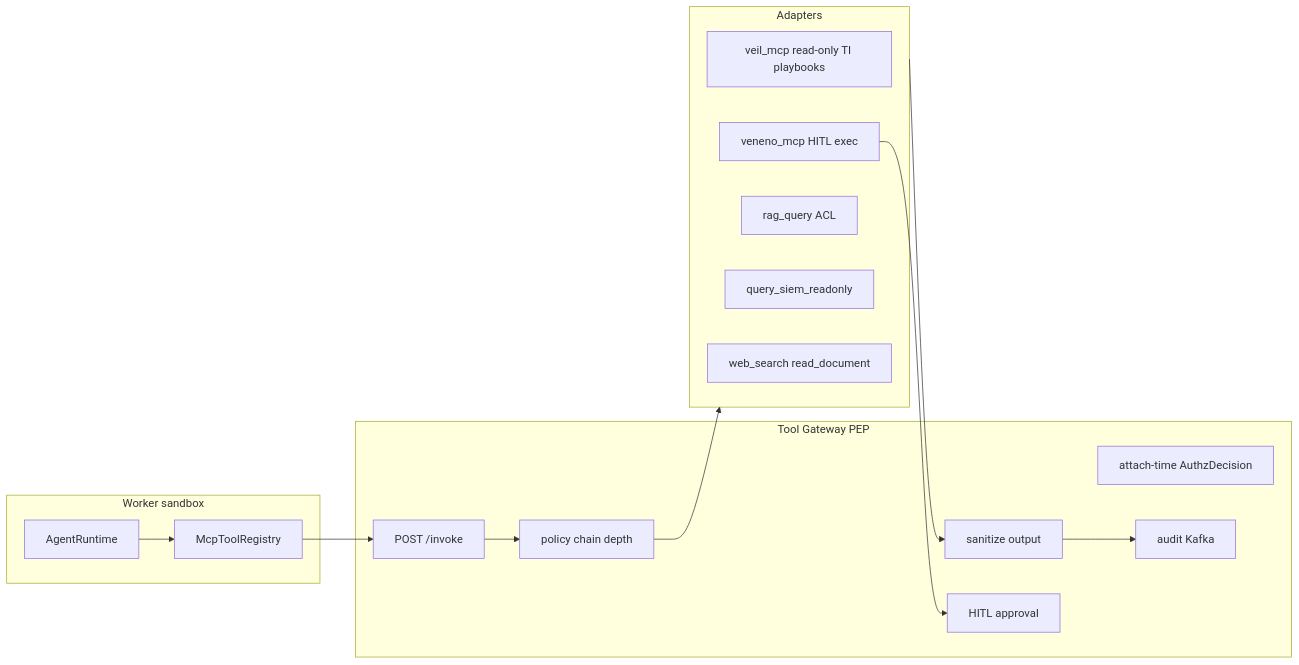
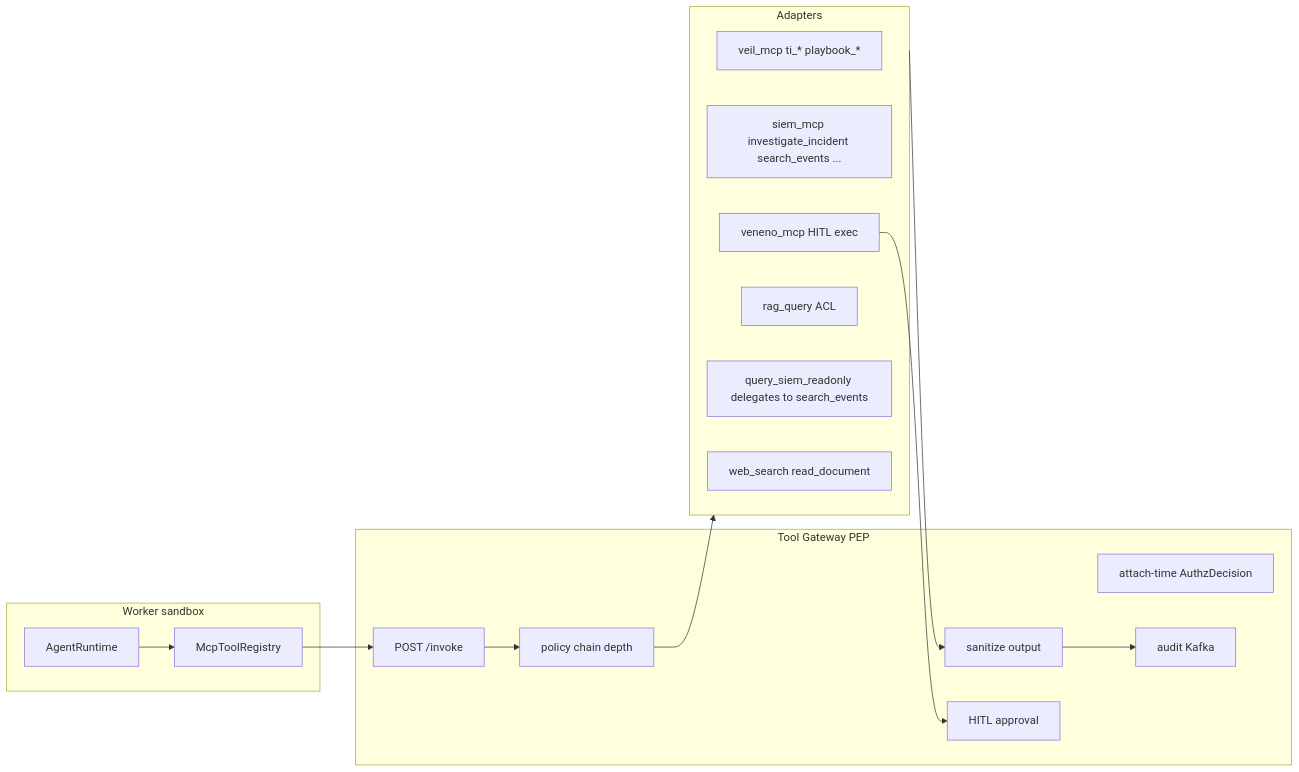
The diagram in docs/architecture-site/diagrams/tool-gateway.mmd (butbeautifulv/cxado), drawn with Mermaid before and after one commit. The commit also changed 152 other files, not shown here.

First line of the commit message:
Add MCP gateways (DefectDojo, Tenable, SIEM) and offline deploy hardening.

```diff
--- a/docs/architecture-site/diagrams/tool-gateway.mmd
+++ b/docs/architecture-site/diagrams/tool-gateway.mmd
@@ -1,28 +1,29 @@
 flowchart LR
   subgraph worker [Worker sandbox]
     AgentRT[AgentRuntime]
     McpReg[McpToolRegistry]
   end
 
   subgraph pep [Tool Gateway PEP]
     Invoke[POST /invoke]
     Authz[attach-time AuthzDecision]
     Policy[policy chain depth]
     Sanitize[sanitize output]
     Audit[audit Kafka]
     Approval[HITL approval]
   end
 
   subgraph adapters [Adapters]
-    Veil[veil_mcp read-only TI playbooks]
+    Veil[veil_mcp ti_* playbook_*]
+    SiemMcp[siem_mcp investigate_incident search_events ...]
     Veneno[veneno_mcp HITL exec]
     RagAd[rag_query ACL]
-    Siem[query_siem_readonly]
+    SiemLegacy[query_siem_readonly delegates to search_events]
     Web[web_search read_document]
   end
 
   AgentRT --> McpReg
   McpReg --> Invoke
   Invoke --> Policy --> adapters
   adapters --> Sanitize --> Audit
   Veneno --> Approval
```
